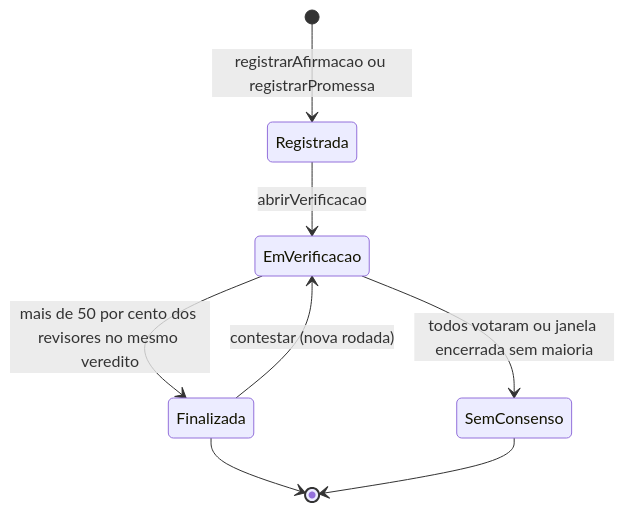
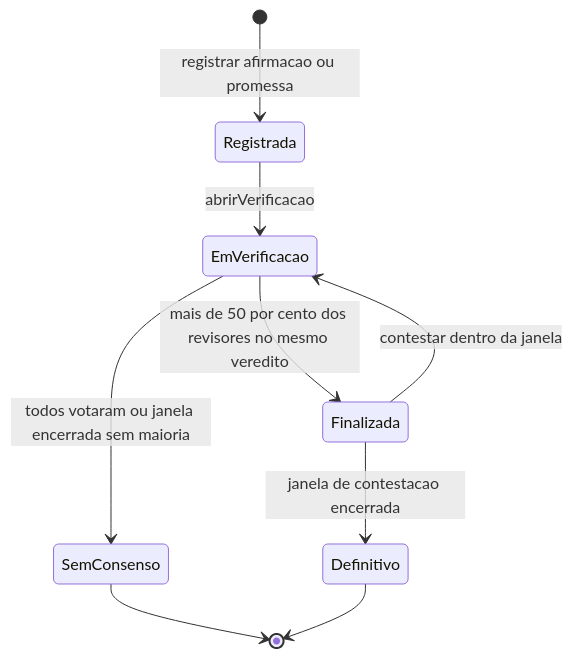
Before and after one commit to paivafgustavo/OathChain: the first of 5 diagrams in README.md, drawn with Mermaid. The commit also changed other lines of this file, not shown here.

````diff
--- a/README.md
+++ b/README.md
@@ -81,10 +85,11 @@
 ```mermaid
 stateDiagram-v2
-    [*] --> Registrada: registrarAfirmacao ou registrarPromessa
+    [*] --> Registrada: registrar afirmacao ou promessa
     Registrada --> EmVerificacao: abrirVerificacao
     EmVerificacao --> Finalizada: mais de 50 por cento dos revisores no mesmo veredito
     EmVerificacao --> SemConsenso: todos votaram ou janela encerrada sem maioria
-    Finalizada --> EmVerificacao: contestar (nova rodada)
-    Finalizada --> [*]
+    Finalizada --> EmVerificacao: contestar dentro da janela
+    Finalizada --> Definitivo: janela de contestacao encerrada
     SemConsenso --> [*]
+    Definitivo --> [*]
 ```
````
